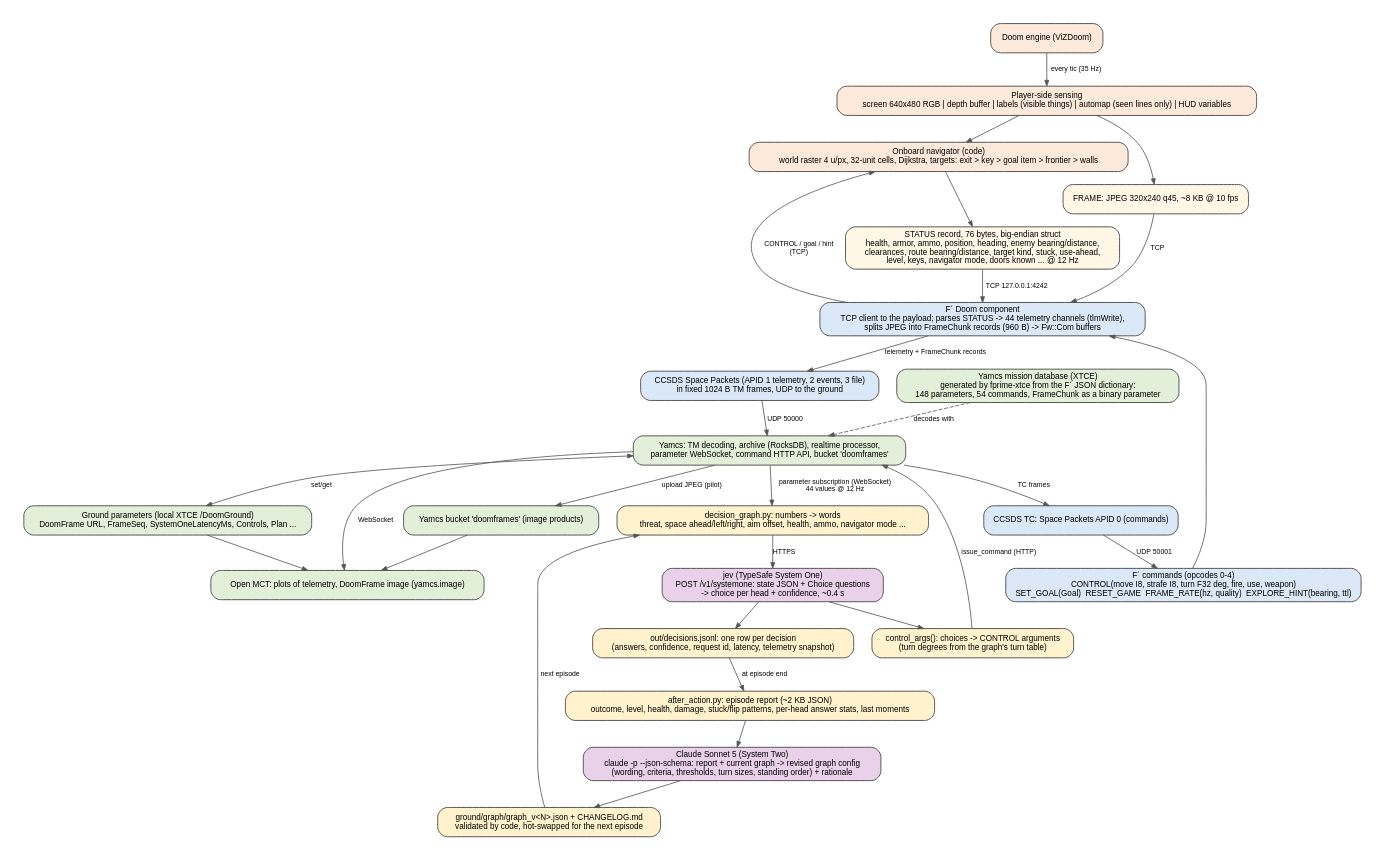
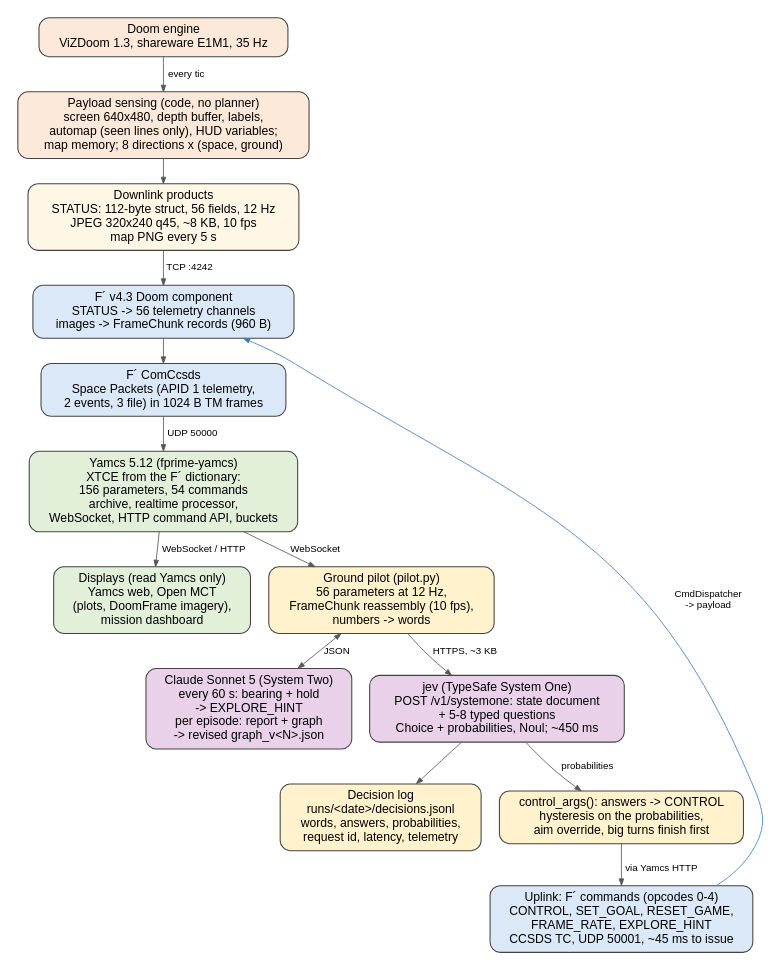
Before and after one commit to Devonance/DoomSat: the diagram in docs/diagrams/dataflow.dot, drawn with Graphviz. The commit also changed 18 other files, not shown here.

First line of the commit message:
Report layout: legible diagrams, native LaTeX decision graph and worked decision, ruled longtables, breakable URLs

```diff
--- a/docs/diagrams/dataflow.dot
+++ b/docs/diagrams/dataflow.dot
@@ -1,44 +1,39 @@
-// Data flow: every message, its type and rate, from the game to the models and back. Render: dot -Tpng -Gdpi=150 dataflow.dot -o dataflow.png
+// Data flow: every message, its type and rate, from the game to the models and back. Laid out for a portrait page:
+// a vertical spine, never more than two boxes wide, short edge labels. Render: dot -Tpng -Gdpi=200 dataflow.dot -o dataflow.png
 digraph dataflow {
   rankdir=TB;
-  graph [fontname="Helvetica", fontsize=12, pad=0.3, nodesep=0.3, ranksep=0.45, bgcolor="white"];
-  node  [fontname="Helvetica", fontsize=10, shape=box, style="rounded,filled", color="#444444", penwidth=1.1];
-  edge  [fontname="Helvetica", fontsize=8.5, color="#555555", arrowsize=0.7];
+  graph [fontname="Helvetica", fontsize=14, pad=0.2, nodesep=0.3, ranksep=0.4, bgcolor="white", splines=spline];
+  node  [fontname="Helvetica", fontsize=15, shape=box, style="rounded,filled", color="#444444", penwidth=1.3, margin="0.16,0.10"];
+  edge  [fontname="Helvetica", fontsize=12, color="#555555", arrowsize=0.8];
 
-  game   [label="Doom engine (ViZDoom)", fillcolor="#fde9d9"];
-  sense  [label="Player-side sensing\nscreen 640x480 RGB | depth buffer | labels (visible things) | automap (seen lines only) | HUD variables", fillcolor="#fde9d9"];
-  nav    [label="Onboard navigator (code)\nworld raster 4 u/px, 32-unit cells, Dijkstra, targets: exit > key > goal item > frontier > walls", fillcolor="#fde9d9"];
-  status [label="STATUS record, 76 bytes, big-endian struct\nhealth, armor, ammo, position, heading, enemy bearing/distance,\nclearances, route bearing/distance, target kind, stuck, use-ahead,\nlevel, keys, navigator mode, doors known ... @ 12 Hz", fillcolor="#fff7e6"];
-  frame  [label="FRAME: JPEG 320x240 q45, ~8 KB @ 10 fps", fillcolor="#fff7e6"];
-  comp   [label="F´ Doom component\nTCP client to the payload; parses STATUS -> 44 telemetry channels (tlmWrite),\nsplits JPEG into FrameChunk records (960 B) -> Fw::Com buffers", fillcolor="#dbe8f7"];
-  ctrlc  [label="F´ commands (opcodes 0-4)\nCONTROL(move I8, strafe I8, turn F32 deg, fire, use, weapon)\nSET_GOAL(Goal)  RESET_GAME  FRAME_RATE(hz, quality)  EXPLORE_HINT(bearing, ttl)", fillcolor="#dbe8f7"];
-  tm     [label="CCSDS Space Packets (APID 1 telemetry, 2 events, 3 file)\nin fixed 1024 B TM frames, UDP to the ground", fillcolor="#dbe8f7"];
-  tc     [label="CCSDS TC: Space Packets APID 0 (commands)", fillcolor="#dbe8f7"];
-  mdb    [label="Yamcs mission database (XTCE)\ngenerated by fprime-xtce from the F´ JSON dictionary:\n148 parameters, 54 commands, FrameChunk as a binary parameter", fillcolor="#e2efd9"];
-  yamcs  [label="Yamcs: TM decoding, archive (RocksDB), realtime processor,\nparameter WebSocket, command HTTP API, bucket 'doomframes'", fillcolor="#e2efd9"];
-  ground [label="Ground parameters (local XTCE /DoomGround)\nDoomFrame URL, FrameSeq, SystemOneLatencyMs, Controls, Plan ...", fillcolor="#e2efd9"];
-  openmct[label="Open MCT: plots of telemetry, DoomFrame image (yamcs.image)", fillcolor="#e2efd9"];
-  words  [label="decision_graph.py: numbers -> words\nthreat, space ahead/left/right, aim offset, health, ammo, navigator mode ...", fillcolor="#fff2cc"];
-  jev    [label="jev (TypeSafe System One)\nPOST /v1/systemone: state JSON + Choice questions\n-> choice per head + confidence, ~0.4 s", fillcolor="#ead1ea"];
-  cmd    [label="control_args(): choices -> CONTROL arguments\n(turn degrees from the graph's turn table)", fillcolor="#fff2cc"];
-  log    [label="out/decisions.jsonl: one row per decision\n(answers, confidence, request id, latency, telemetry snapshot)", fillcolor="#fff2cc"];
-  aar    [label="after_action.py: episode report (~2 KB JSON)\noutcome, level, health, damage, stuck/flip patterns, per-head answer stats, last moments", fillcolor="#fff2cc"];
-  sonnet [label="Claude Sonnet 5 (System Two)\nclaude -p --json-schema: report + current graph -> revised graph config\n(wording, criteria, thresholds, turn sizes, standing order) + rationale", fillcolor="#ead1ea"];
-  graphcfg [label="ground/graph/graph_v<N>.json + CHANGELOG.md\nvalidated by code, hot-swapped for the next episode", fillcolor="#fff2cc"];
+  game   [label="Doom engine\nViZDoom 1.3, shareware E1M1, 35 Hz", fillcolor="#fde9d9"];
+  sense  [label="Payload sensing (code, no planner)\nscreen 640x480, depth buffer, labels,\nautomap (seen lines only), HUD variables;\nmap memory; 8 directions x (space, ground)", fillcolor="#fde9d9"];
+  prod   [label="Downlink products\nSTATUS: 112-byte struct, 56 fields, 12 Hz\nJPEG 320x240 q45, ~8 KB, 10 fps\nmap PNG every 5 s", fillcolor="#fff7e6"];
+  comp   [label="F´ v4.3 Doom component\nSTATUS -> 56 telemetry channels\nimages -> FrameChunk records (960 B)", fillcolor="#dbe8f7"];
+  tm     [label="F´ ComCcsds\nSpace Packets (APID 1 telemetry,\n2 events, 3 file) in 1024 B TM frames", fillcolor="#dbe8f7"];
+  yamcs  [label="Yamcs 5.12 (fprime-yamcs)\nXTCE from the F´ dictionary:\n156 parameters, 54 commands\narchive, realtime processor,\nWebSocket, HTTP command API, buckets", fillcolor="#e2efd9"];
+  disp   [label="Displays (read Yamcs only)\nYamcs web, Open MCT\n(plots, DoomFrame imagery),\nmission dashboard", fillcolor="#e2efd9"];
+  pilot  [label="Ground pilot (pilot.py)\n56 parameters at 12 Hz,\nFrameChunk reassembly (10 fps),\nnumbers -> words", fillcolor="#fff2cc"];
+  sonnet [label="Claude Sonnet 5 (System Two)\nevery 60 s: bearing + hold\n-> EXPLORE_HINT\nper episode: report + graph\n-> revised graph_v<N>.json", fillcolor="#ead1ea"];
+  jev    [label="jev (TypeSafe System One)\nPOST /v1/systemone: state document\n+ 5-8 typed questions\nChoice + probabilities, Noul; ~450 ms", fillcolor="#ead1ea"];
+  log    [label="Decision log\nruns/<date>/decisions.jsonl\nwords, answers, probabilities,\nrequest id, latency, telemetry", fillcolor="#fff2cc"];
+  rules  [label="control_args(): answers -> CONTROL\nhysteresis on the probabilities,\naim override, big turns finish first", fillcolor="#fff2cc"];
+  tc     [label="Uplink: F´ commands (opcodes 0-4)\nCONTROL, SET_GOAL, RESET_GAME,\nFRAME_RATE, EXPLORE_HINT\nCCSDS TC, UDP 50001, ~45 ms to issue", fillcolor="#dbe8f7"];
 
-  game -> sense [label="every tic (35 Hz)"];
-  sense -> nav;
-  nav -> status; sense -> frame;
-  status -> comp [label="TCP 127.0.0.1:4242"]; frame -> comp [label="TCP"];
-  comp -> tm [label="telemetry + FrameChunk records"];
-  tm -> yamcs [label="UDP 50000"]; mdb -> yamcs [style=dashed, label="decodes with"];
-  yamcs -> openmct [label="WebSocket"];
-  yamcs -> words [label="parameter subscription (WebSocket)\n44 values @ 12 Hz"];
-  yamcs -> ground [dir=both, label="set/get"]; ground -> openmct;
-  words -> jev [label="HTTPS"]; jev -> cmd; cmd -> yamcs [label="issue_command (HTTP)"];
-  yamcs -> tc [label="TC frames"]; tc -> ctrlc [label="UDP 50001"]; ctrlc -> comp; comp -> nav [label="CONTROL / goal / hint\n(TCP)"];
-  jev -> log; log -> aar [label="at episode end"]; aar -> sonnet; sonnet -> graphcfg; graphcfg -> words [label="next episode"];
-  yamcs -> frame_bucket [label="upload JPEG (pilot)"];
-  frame_bucket [label="Yamcs bucket 'doomframes' (image products)", fillcolor="#e2efd9"];
-  frame_bucket -> openmct;
+  game -> sense [label=" every tic"];
+  sense -> prod;
+  prod -> comp [label=" TCP :4242"];
+  comp -> tm;
+  tm -> yamcs [label=" UDP 50000"];
+  yamcs -> disp [label=" WebSocket / HTTP"];
+  yamcs -> pilot [label=" WebSocket"];
+  {rank=same; disp; pilot;}
+  pilot -> sonnet [dir=both, label=" JSON"];
+  pilot -> jev [label=" HTTPS, ~3 KB"];
+  {rank=same; jev; sonnet;}
+  jev -> log;
+  jev -> rules [label=" probabilities"];
+  {rank=same; rules; log;}
+  rules -> tc [label=" via Yamcs HTTP"];
+  tc -> comp [label=" CmdDispatcher\n -> payload", color="#3A7BC0", constraint=false];
 }
```
